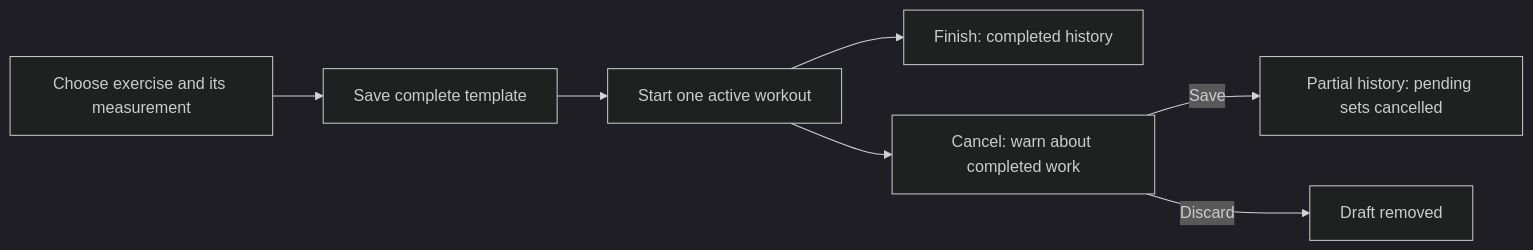
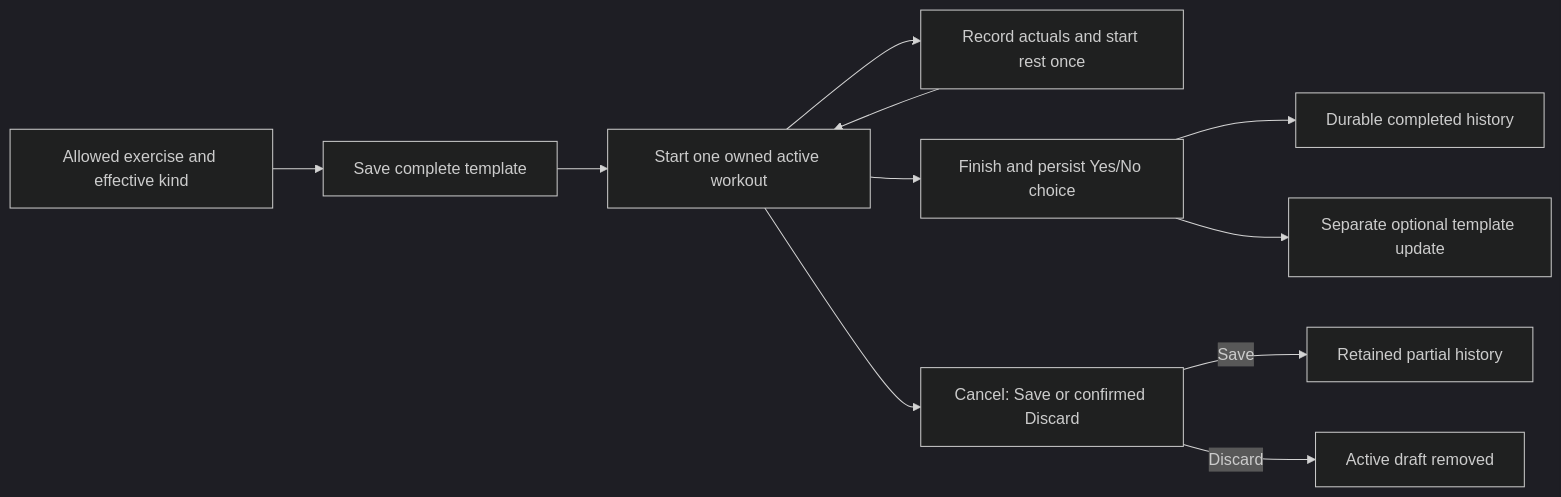
One commit to dhaval-mistry/unshaken-smart-coach changed the diagram in docs/api/workouts.md. Above: the diagram before and after it, drawn with Mermaid (dark theme). The commit also changed other lines of this file and 8 other files, not shown here.

Commit message:
docs: propose complete workout schema and API design for review

````diff
--- a/docs/api/workouts.md
+++ b/docs/api/workouts.md
@@ -19,9 +35,13 @@
 ```mermaid
 flowchart LR
-    Exercise["Choose exercise and its measurement"] --> Template["Save complete template"]
-    Template --> Active["Start one active workout"]
-    Active --> Finish["Finish: completed history"]
-    Active --> Cancel["Cancel: warn about completed work"]
-    Cancel -->|"Save"| Partial["Partial history: pending sets cancelled"]
-    Cancel -->|"Discard"| Gone["Draft removed"]
+    Exercise["Allowed exercise and effective kind"] --> Template["Save complete template"]
+    Template --> Active["Start one owned active workout"]
+    Active --> Set["Record actuals and start rest once"]
+    Set --> Active
+    Active --> Finish["Finish and persist Yes/No choice"]
+    Finish --> History["Durable completed history"]
+    Finish --> Optional["Separate optional template update"]
+    Active --> Cancel["Cancel: Save or confirmed Discard"]
+    Cancel -->|Save| Partial["Retained partial history"]
+    Cancel -->|Discard| Gone["Active draft removed"]
 ```
````
